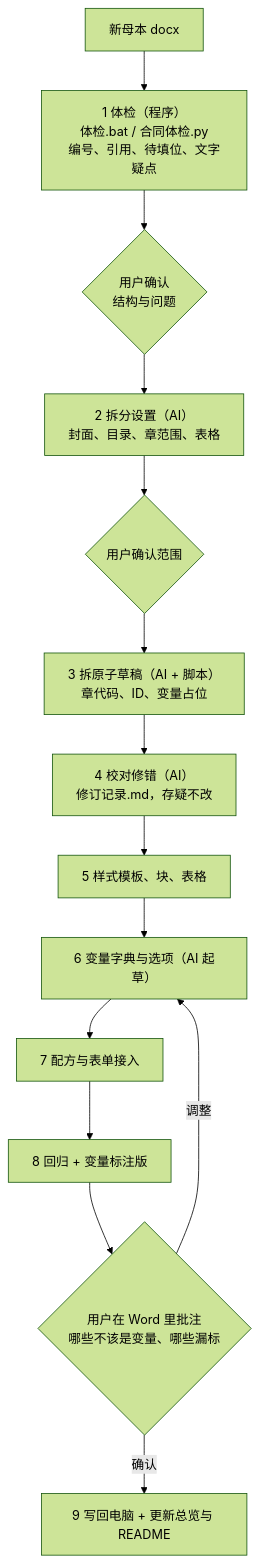
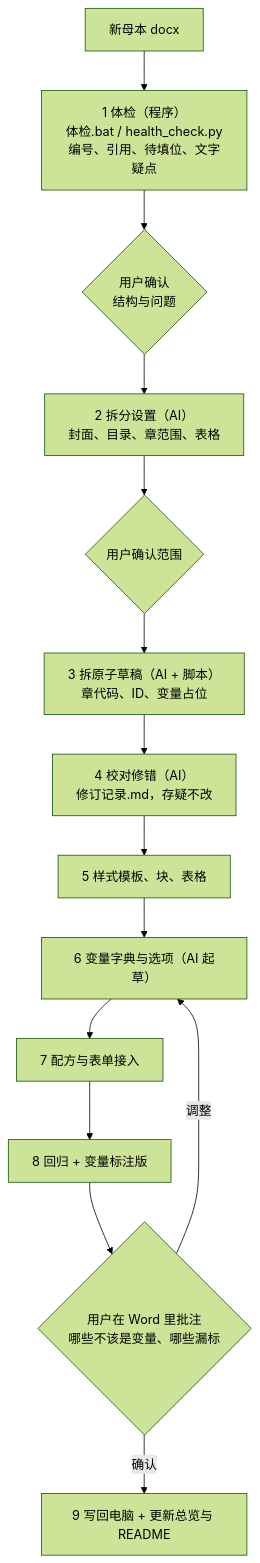
The third of 4 diagrams in README.md (GavinGSJ/contract-compose), drawn with Mermaid (forest theme) before and after one commit. The commit also changed other lines of this file and 365 other files, not shown here.

````diff
--- a/README.md
+++ b/README.md
@@ -61,16 +61,16 @@
 ```mermaid
 flowchart TD
-  M["新母本 docx"] --> S1["1 体检（程序）<br/>体检.bat / 合同体检.py<br/>编号、引用、待填位、文字疑点"]
+  M["新母本 docx"] --> S1["1 体检（程序）<br/>体检.bat / health_check.py<br/>编号、引用、待填位、文字疑点"]
   S1 --> U1{"用户确认<br/>结构与问题"}
   U1 --> S2["2 拆分设置（AI）<br/>封面、目录、章范围、表格"]
   S2 --> U2{"用户确认范围"}
   U2 --> S3["3 拆原子草稿（AI + 脚本）<br/>章代码、ID、变量占位"]
   S3 --> S4["4 校对修错（AI）<br/>修订记录.md，存疑不改"]
   S4 --> S5["5 样式模板、块、表格"]
   S5 --> S6["6 变量字典与选项（AI 起草）"]
   S6 --> S7["7 配方与表单接入"]
   S7 --> S8["8 回归 + 变量标注版"]
   S8 --> U3{"用户在 Word 里批注<br/>哪些不该是变量、哪些漏标"}
   U3 -->|调整| S6
   U3 -->|确认| S9["9 写回电脑 + 更新总览与 README"]
 ```
````
